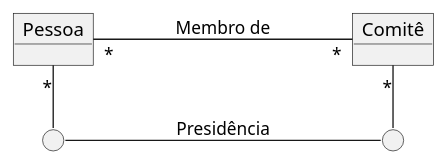
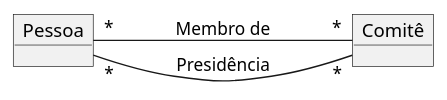
Before and after one commit to kyriosdata/oo: the diagram in Imagens/modelos-05/mod05ima10/mod05ima10.plantuml, drawn with PlantUML. The commit also changed 24 other files, not shown here.

```diff
--- a/Imagens/modelos-05/mod05ima10/mod05ima10.plantuml
+++ b/Imagens/modelos-05/mod05ima10/mod05ima10.plantuml
@@ -1,11 +1,7 @@
 @startuml mod05ima10
 object "Pessoa" as pe
 object "Comitê" as co
-circle " " as p1
-circle " " as p2
 left to right direction
 pe "*"---"*" co : Membro de
-pe "*"-right- p1
-p1 --- p2 : Presidência
-p2 -left- "*" co
+pe "*"--- "*" co : Presidência
 @enduml
```
